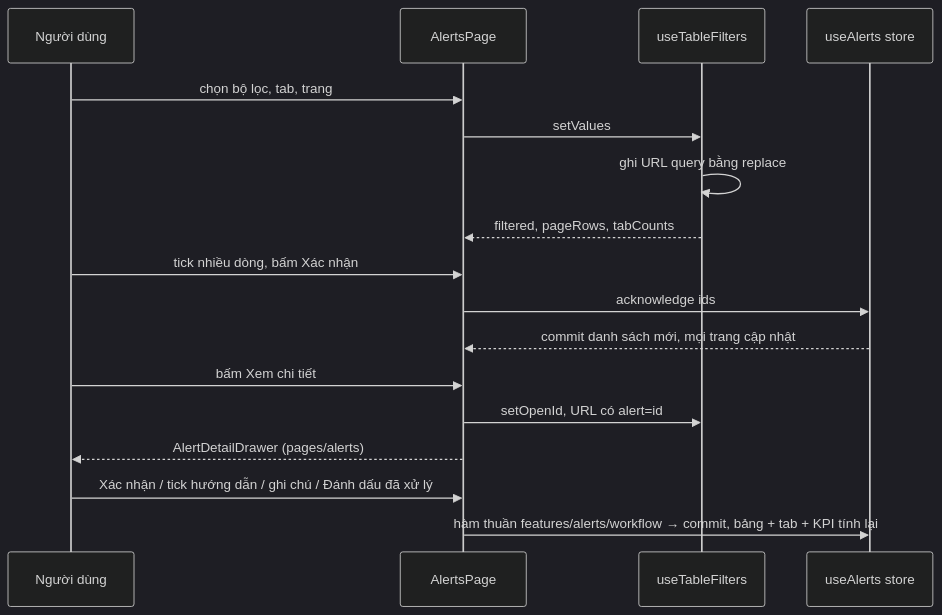
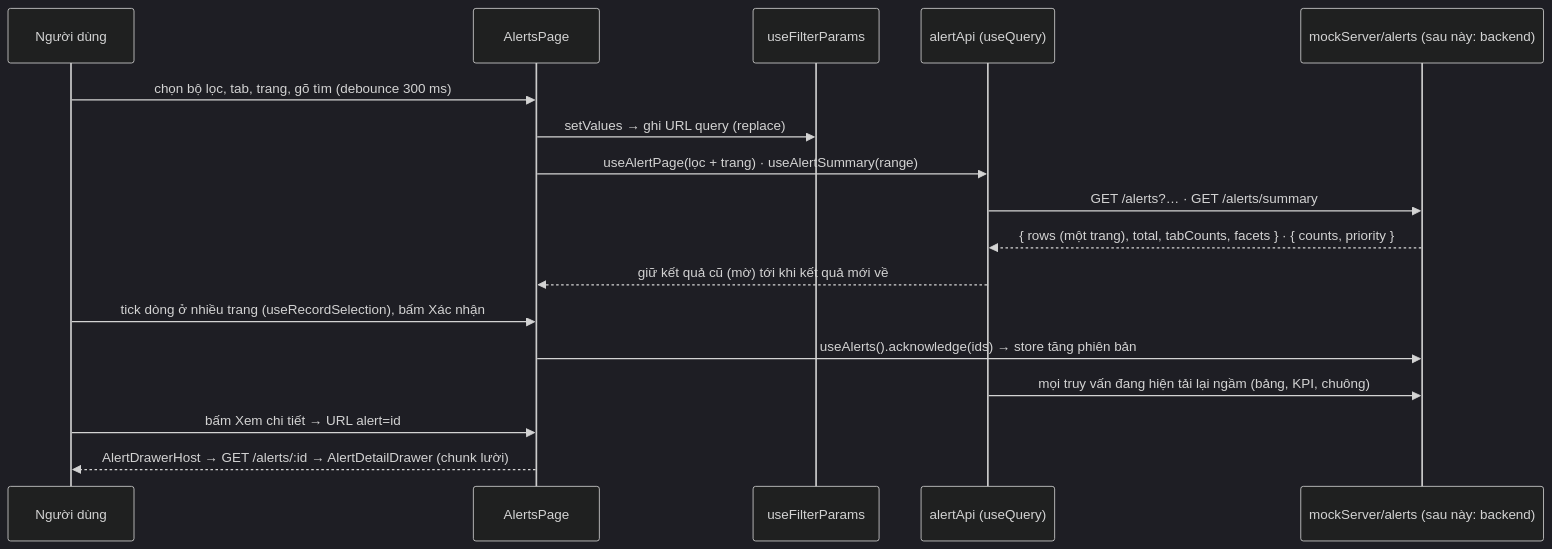
Before and after one commit to tuanpq-dev/demo-lpg: the first of 2 diagrams in docs/guide/alerts.md, drawn with Mermaid (dark theme). The commit also changed other lines of this file and 85 other files, not shown here.

````diff
--- a/docs/guide/alerts.md
+++ b/docs/guide/alerts.md
@@ -9,19 +9,19 @@
 ```mermaid
 sequenceDiagram
   participant U as Người dùng
   participant P as AlertsPage
-  participant T as useTableFilters
-  participant S as useAlerts store
-  U->>P: chọn bộ lọc, tab, trang
-  P->>T: setValues
-  T->>T: ghi URL query bằng replace
-  T-->>P: filtered, pageRows, tabCounts
-  U->>P: tick nhiều dòng, bấm Xác nhận
-  P->>S: acknowledge ids
-  S-->>P: commit danh sách mới, mọi trang cập nhật
-  U->>P: bấm Xem chi tiết
-  P->>T: setOpenId, URL có alert=id
-  P-->>U: AlertDetailDrawer (pages/alerts)
-  U->>P: Xác nhận / tick hướng dẫn / ghi chú / Đánh dấu đã xử lý
-  P->>S: hàm thuần features/alerts/workflow → commit, bảng + tab + KPI tính lại
+  participant F as useFilterParams
+  participant A as alertApi (useQuery)
+  participant M as mockServer/alerts (sau này: backend)
+  U->>P: chọn bộ lọc, tab, trang, gõ tìm (debounce 300 ms)
+  P->>F: setValues → ghi URL query (replace)
+  P->>A: useAlertPage(lọc + trang) · useAlertSummary(range)
+  A->>M: GET /alerts?… · GET /alerts/summary
+  M-->>A: { rows (một trang), total, tabCounts, facets } · { counts, priority }
+  A-->>P: giữ kết quả cũ (mờ) tới khi kết quả mới về
+  U->>P: tick dòng ở nhiều trang (useRecordSelection), bấm Xác nhận
+  P->>M: useAlerts().acknowledge(ids) → store tăng phiên bản
+  A->>M: mọi truy vấn đang hiện tải lại ngầm (bảng, KPI, chuông)
+  U->>P: bấm Xem chi tiết → URL alert=id
+  P-->>U: AlertDrawerHost → GET /alerts/:id → AlertDetailDrawer (chunk lười)
 ```
````
